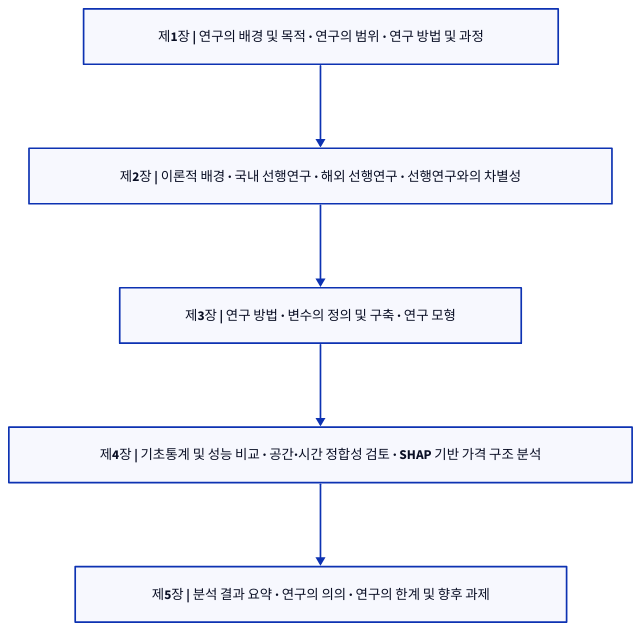
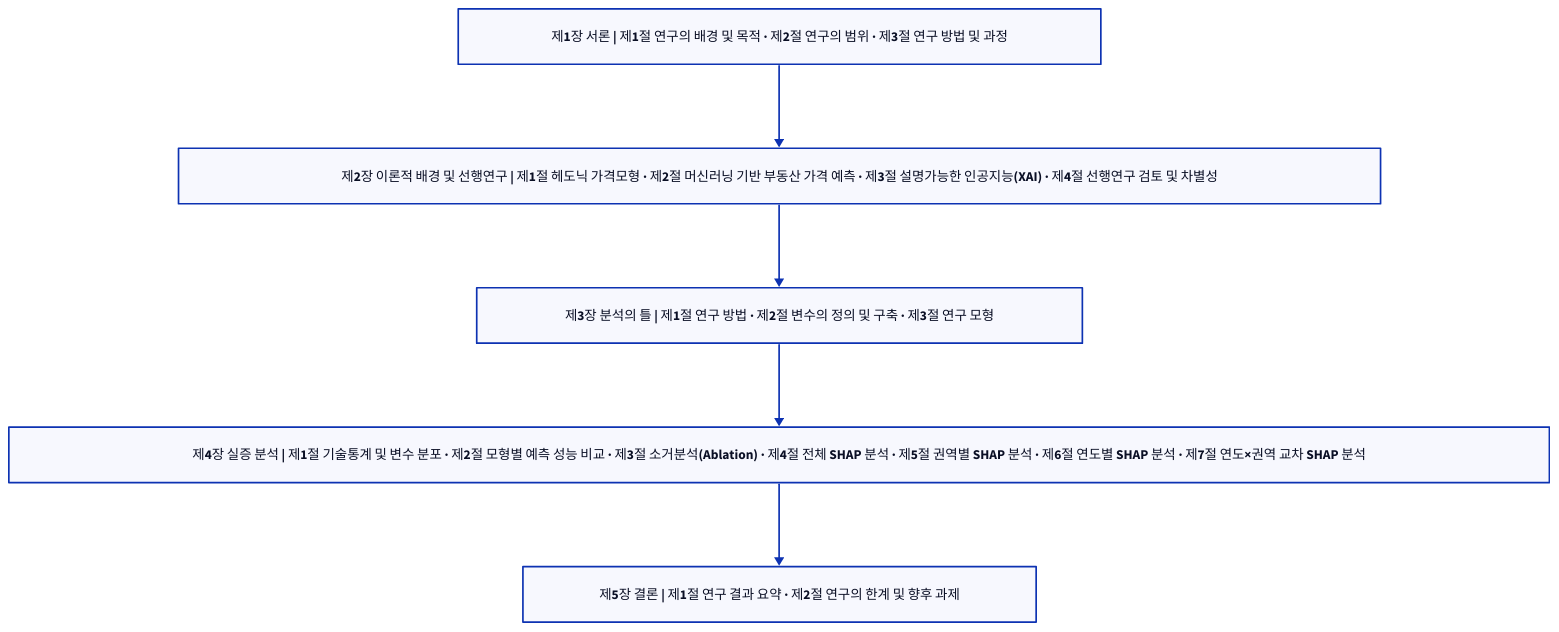
The diagram in figures/fig1_research_flow.d2 (seokmogu/thesis-seoul-apt-xai), drawn with D2 before and after one commit. The commit also changed 36 other files, not shown here.

```diff
--- a/figures/fig1_research_flow.d2
+++ b/figures/fig1_research_flow.d2
@@ -1,26 +1,26 @@
 # Reference-only outline for figures/fig1_research_flow.png.
 # The final PNG/SVG are generated by scripts/generate_concept_figures.py.
 
 direction: down
 
 chapter1: {
-  label: "제1장 | 연구의 배경 및 목적 · 연구의 범위 · 연구 방법 및 과정"
+  label: "제1장 서론 | 제1절 연구의 배경 및 목적 · 제2절 연구의 범위 · 제3절 연구 방법 및 과정"
 }
 
 chapter2: {
-  label: "제2장 | 이론적 배경 · 국내 선행연구 · 해외 선행연구 · 선행연구와의 차별성"
+  label: "제2장 이론적 배경 및 선행연구 | 제1절 헤도닉 가격모형 · 제2절 머신러닝 기반 부동산 가격 예측 · 제3절 설명가능한 인공지능(XAI) · 제4절 선행연구 검토 및 차별성"
 }
 
 chapter3: {
-  label: "제3장 | 연구 방법 · 변수의 정의 및 구축 · 연구 모형"
+  label: "제3장 분석의 틀 | 제1절 연구 방법 · 제2절 변수의 정의 및 구축 · 제3절 연구 모형"
 }
 
 chapter4: {
-  label: "제4장 | 기초통계 및 성능 비교 · 공간·시간 정합성 검토 · SHAP 기반 가격 구조 분석"
+  label: "제4장 실증 분석 | 제1절 기술통계 및 변수 분포 · 제2절 모형별 예측 성능 비교 · 제3절 소거분석(Ablation) · 제4절 전체 SHAP 분석 · 제5절 권역별 SHAP 분석 · 제6절 연도별 SHAP 분석 · 제7절 연도×권역 교차 SHAP 분석"
 }
 
 chapter5: {
-  label: "제5장 | 분석 결과 요약 · 연구의 의의 · 연구의 한계 및 향후 과제"
+  label: "제5장 결론 | 제1절 연구 결과 요약 · 제2절 연구의 한계 및 향후 과제"
 }
 
 chapter1 -> chapter2 -> chapter3 -> chapter4 -> chapter5
```
